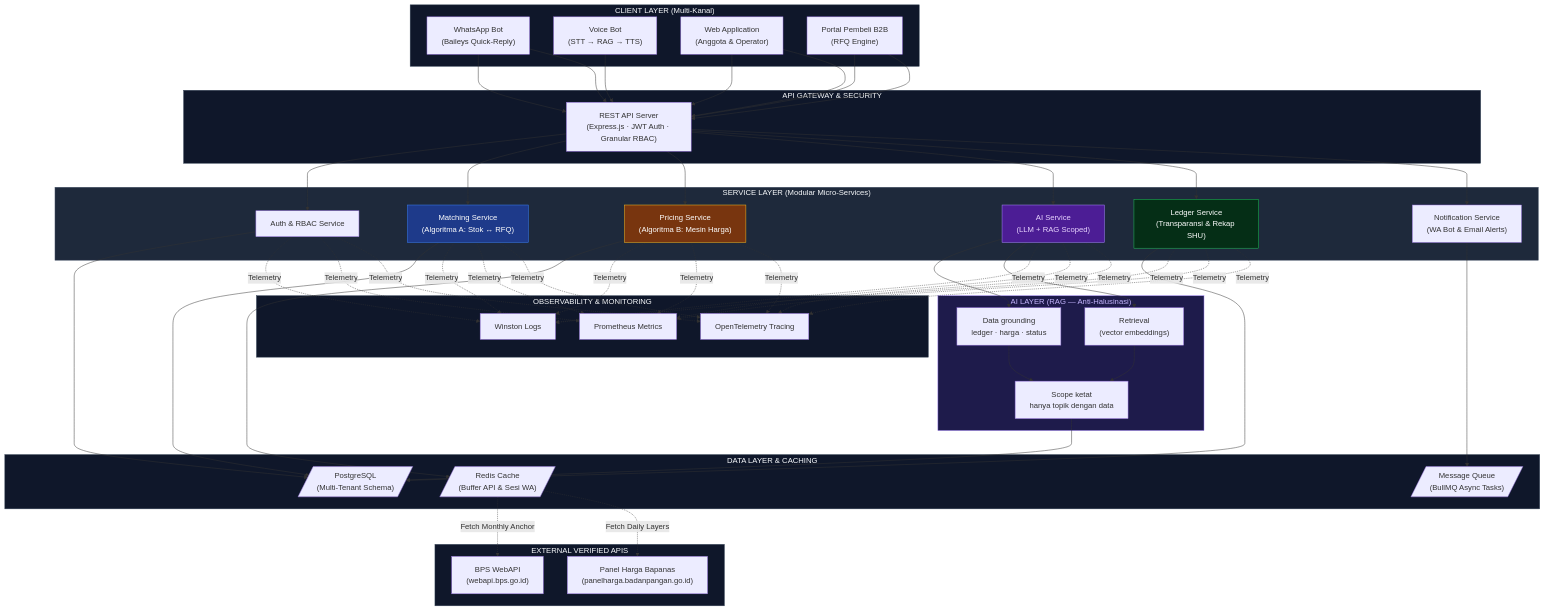
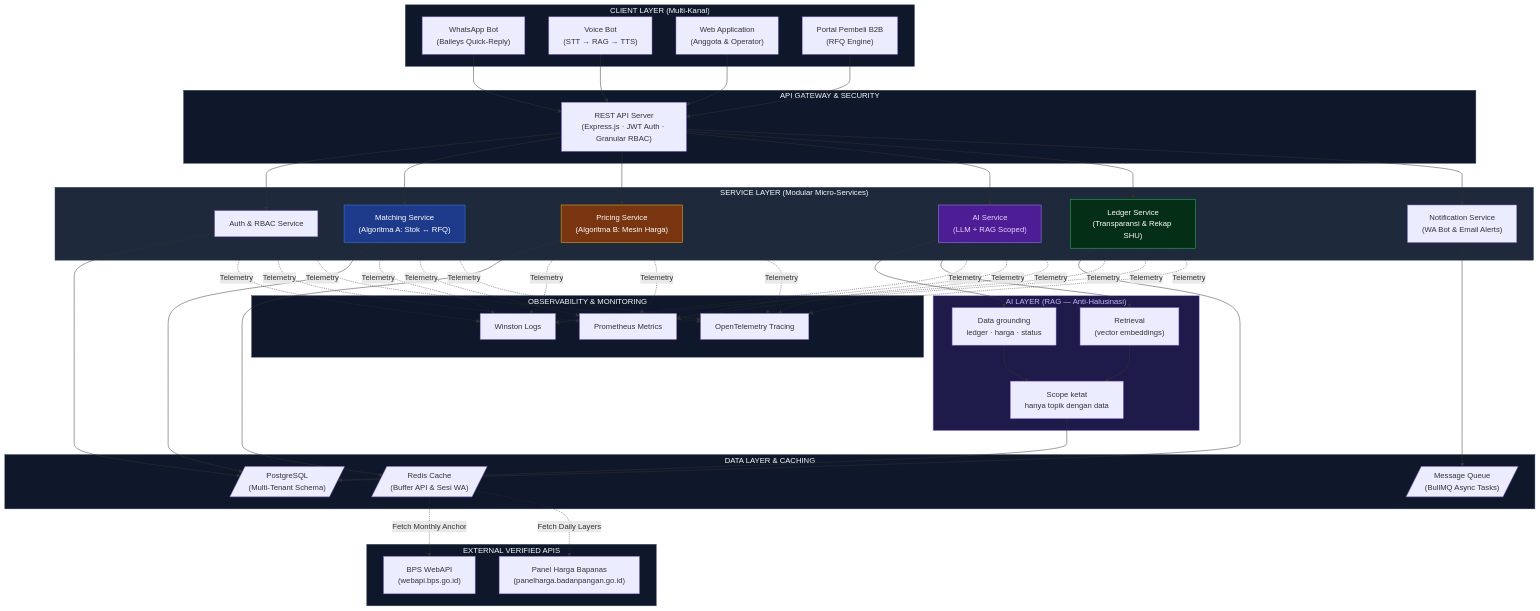
Before and after one commit to aniceswan/TemuNiaga: the sixth of 7 diagrams in README.md, drawn with Mermaid. The commit also changed other lines of this file, not shown here.

Commit message:
fix: Daftar Isi BAGIAN 3, duplicate Mermaid edge, 'nol halusinasi' → 'near-zero'

````diff
--- a/README.md
+++ b/README.md
@@ -357,70 +371,69 @@
 ```mermaid
 graph TB
     subgraph CLIENT ["CLIENT LAYER (Multi-Kanal)"]
         WA["WhatsApp Bot<br/>(Baileys Quick-Reply)"]
         VOICE["Voice Bot<br/>(STT → RAG → TTS)"]
         WEB["Web Application<br/>(Anggota & Operator)"]
         PORTAL["Portal Pembeli B2B<br/>(RFQ Engine)"]
     end
 
     subgraph GATEWAY ["API GATEWAY & SECURITY"]
         REST["REST API Server<br/>(Express.js · JWT Auth · Granular RBAC)"]
     end
 
     subgraph SERVICE ["SERVICE LAYER (Modular Micro-Services)"]
         SVC_AUTH["Auth & RBAC Service"]
         SVC_MATCH["Matching Service<br/>(Algoritma A: Stok ↔ RFQ)"]
         SVC_HARGA["Pricing Service<br/>(Algoritma B: Mesin Harga)"]
         SVC_LEDGER["Ledger Service<br/>(Transparansi & Rekap SHU)"]
         SVC_AI["AI Service<br/>(LLM + RAG Scoped)"]
         SVC_NOTIF["Notification Service<br/>(WA Bot & Email Alerts)"]
     end
 
     subgraph AI_LAYER ["AI LAYER (RAG — Anti-Halusinasi)"]
         DIR["Data grounding<br/>ledger · harga · status"]
         SCOPE["Scope ketat<br/>hanya topik dengan data"]
         RETRIEVAL["Retrieval<br/>(vector embeddings)"]
     end
 
     subgraph DATA ["DATA LAYER & CACHING"]
         DB[/"PostgreSQL<br/>(Multi-Tenant Schema)"/]
         CACHE[/"Redis Cache<br/>(Buffer API & Sesi WA)"/]
         QUEUE[/"Message Queue<br/>(BullMQ Async Tasks)"/]
     end
 
     subgraph EXTERNAL ["EXTERNAL VERIFIED APIS"]
         BPS["BPS WebAPI<br/>(webapi.bps.go.id)"]
         BAPANAS["Panel Harga Bapanas<br/>(panelharga.badanpangan.go.id)"]
     end
 
     subgraph OBSERVABILITY ["OBSERVABILITY & MONITORING"]
         LOG["Winston Logs"]
         MET["Prometheus Metrics"]
         TRC["OpenTelemetry Tracing"]
     end
 
-    WA & WEB & PORTAL --> REST
     WA & VOICE & WEB & PORTAL --> REST
     REST --> SVC_AUTH & SVC_MATCH & SVC_HARGA & SVC_AI & SVC_LEDGER & SVC_NOTIF
     SVC_MATCH & SVC_LEDGER & SVC_AUTH --> DB
     SVC_HARGA --> CACHE
     SVC_AI --> DIR & RETRIEVAL
     DIR & RETRIEVAL --> SCOPE
     SCOPE --> DB
     SVC_NOTIF --> QUEUE
     CACHE -. "Fetch Monthly Anchor" .-> BPS
     CACHE -. "Fetch Daily Layers" .-> BAPANAS
     SVC_AUTH & SVC_MATCH & SVC_HARGA & SVC_AI & SVC_LEDGER -. "Telemetry" .-> LOG & MET & TRC
 
     style CLIENT fill:#0f172a,stroke:#334155,color:#f8fafc
     style GATEWAY fill:#0f172a,stroke:#334155,color:#f8fafc
     style SERVICE fill:#1e293b,stroke:#475569,color:#f8fafc
     style DATA fill:#0f172a,stroke:#334155,color:#f8fafc
     style EXTERNAL fill:#0f172a,stroke:#334155,color:#f8fafc
     style OBSERVABILITY fill:#0f172a,stroke:#334155,color:#f8fafc
     style AI_LAYER fill:#1e1b4b,stroke:#a78bfa,color:#c4b5fd
     style SVC_HARGA fill:#78350f,stroke:#fbbf24,color:#ffffff
     style SVC_MATCH fill:#1e3a8a,stroke:#3b82f6,color:#ffffff
     style SVC_AI fill:#4c1d95,stroke:#a78bfa,color:#e9d5ff
     style SVC_LEDGER fill:#052e16,stroke:#22c55e,color:#ffffff
 ```
````
